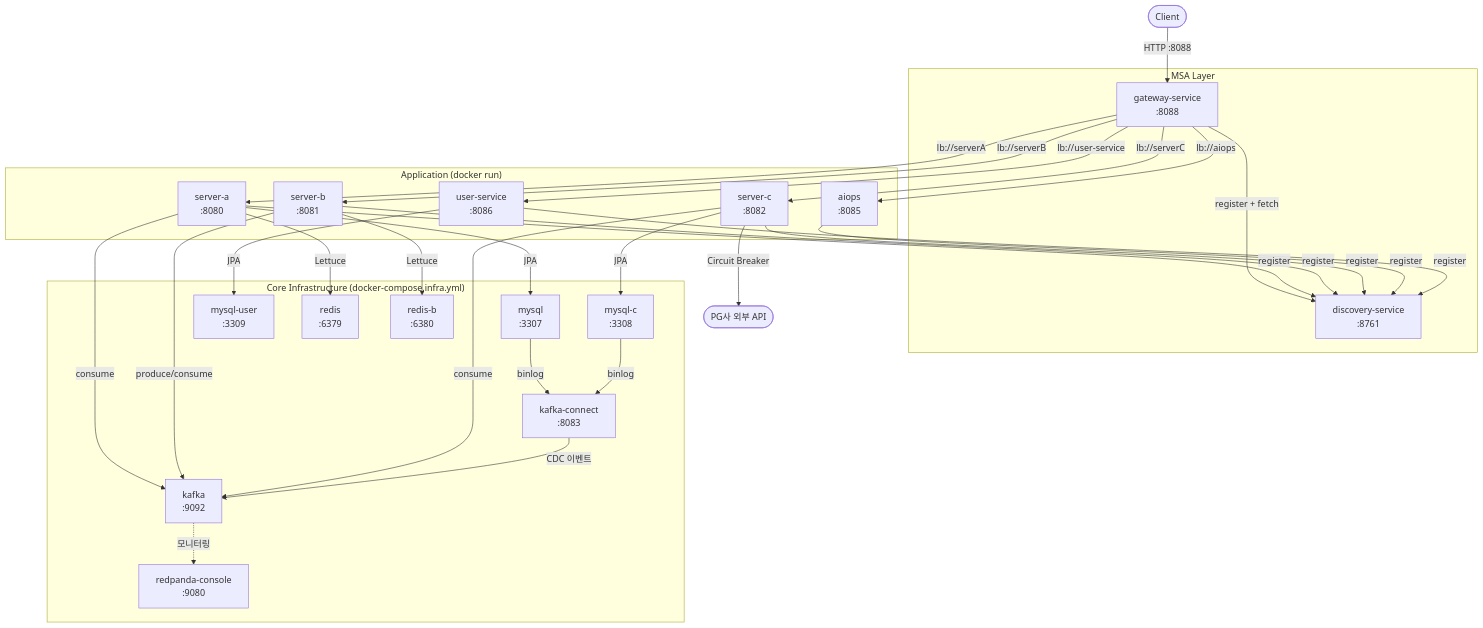
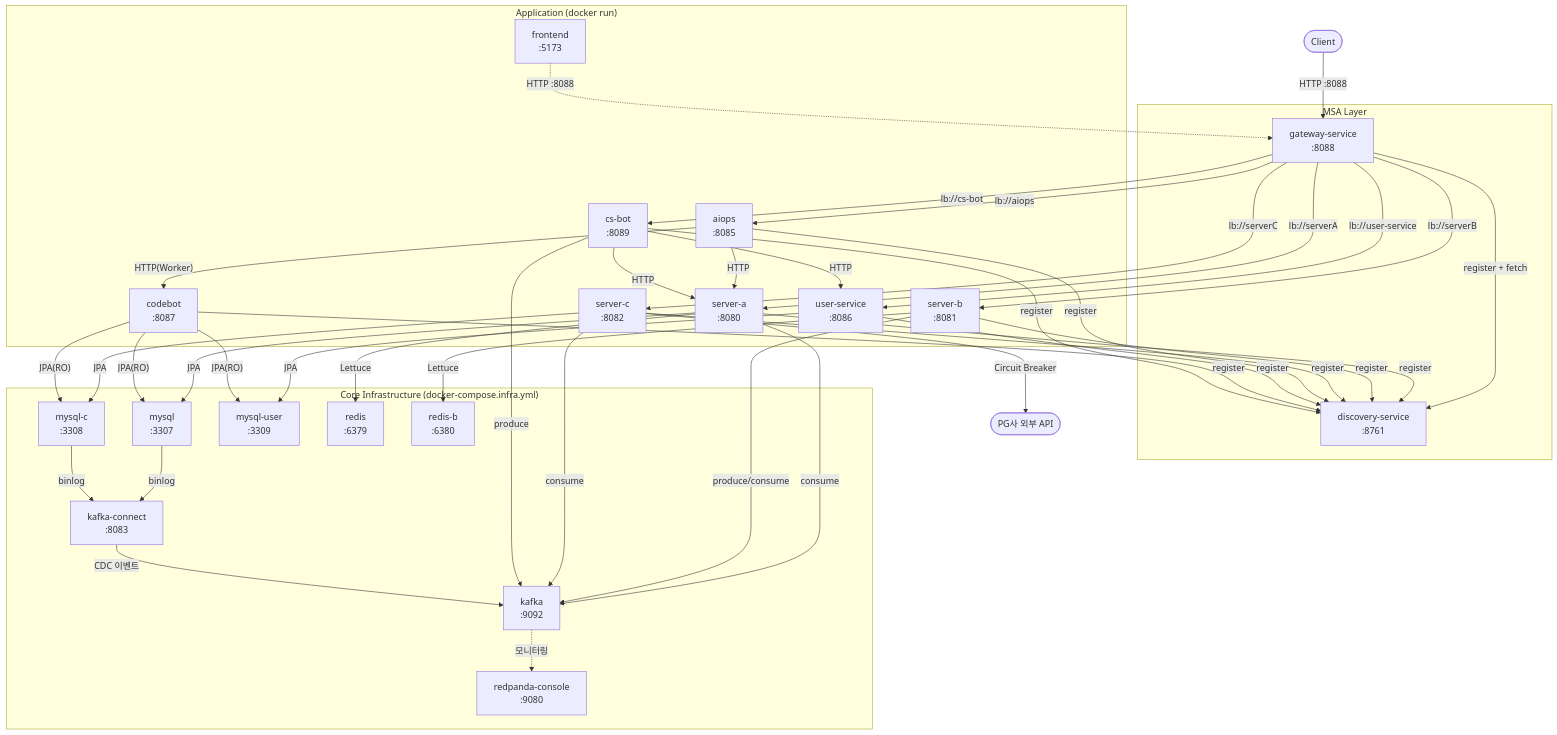
Before and after one commit to michi2012/goods-promotion-project: the first of 3 diagrams in docs/infra-diagram.md, drawn with Mermaid. The commit also changed other lines of this file and 2 other files, not shown here.

```diff
--- a/docs/infra-diagram.md
+++ b/docs/infra-diagram.md
@@ -18,6 +18,9 @@
         C["server-c\n:8082"]
         AIO["aiops\n:8085"]
         US["user-service\n:8086"]
+        CB["codebot\n:8087"]
+        CS["cs-bot\n:8089"]
+        FE["frontend\n:5173"]
     end
 
     subgraph Infra["Core Infrastructure (docker-compose.infra.yml)"]
@@ -42,6 +45,7 @@
     GW -->|"lb://serverC"| C
     GW -->|"lb://aiops"| AIO
     GW -->|"lb://user-service"| US
+    GW -->|"lb://cs-bot"| CS
 
     %% Eureka 등록
     GW -->|"register + fetch"| DS
@@ -50,6 +54,8 @@
     C -->|"register"| DS
     AIO -->|"register"| DS
     US -->|"register"| DS
+    CB -->|"register"| DS
+    CS -->|"register"| DS
 
     %% 앱 → 인프라
     A -->|"JPA"| MySQL
@@ -60,6 +66,15 @@
     C -->|"JPA"| MySQLC
     C -->|"consume"| Kafka
     US -->|"JPA"| MySQLU
+    CB -->|"JPA(RO)"| MySQL
+    CB -->|"JPA(RO)"| MySQLC
+    CB -->|"JPA(RO)"| MySQLU
+    AIO -->|"HTTP"| A
+    AIO -->|"HTTP(Worker)"| CB
+    CS -->|"HTTP"| A
+    CS -->|"HTTP"| US
+    CS -->|"produce"| Kafka
+    FE -.->|"HTTP :8088"| GW
 
     %% Debezium CDC
     MySQL -->|"binlog"| KC
```
